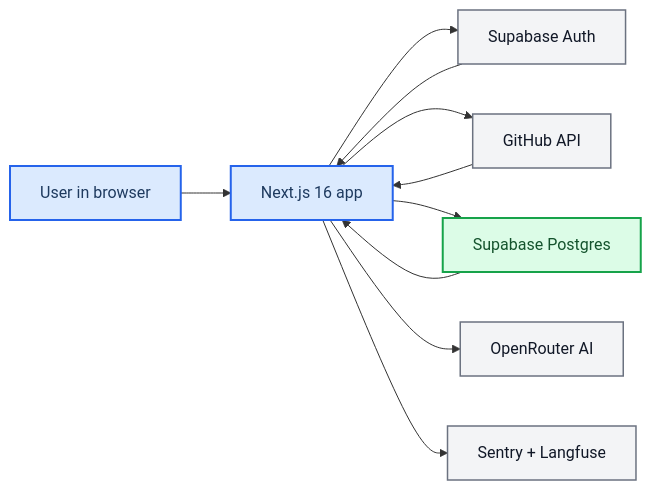
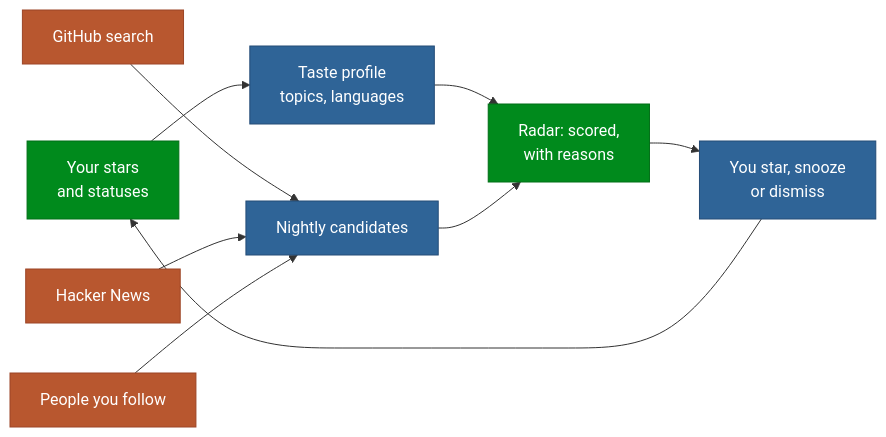
Before and after one commit to zqf20096327/ai_collect: the diagram in data/readmes/boffti__stardash.md, drawn with Mermaid. The commit also changed other lines of this file and 1840 other files, not shown here.

````diff
--- a/data/readmes/boffti__stardash.md
+++ b/data/readmes/boffti__stardash.md
@@ -155,31 +81,14 @@
 ```mermaid
 flowchart LR
-    accTitle: StarDash request and data flow
-    accDescr: Authenticated users sign in with GitHub through Supabase, then the dashboard syncs stars from GitHub, stores metadata in Supabase, and overlays database state onto the UI.
-
-    user["User in browser"]
-    app["Next.js 16 app"]
-    auth["Supabase Auth"]
-    gh["GitHub API"]
-    db["Supabase Postgres"]
-    ai["OpenRouter AI"]
-    obs["Sentry + Langfuse"]
-
-    user --> app
-    app --> auth
-    auth --> app
-    app --> gh
-    app --> db
-    app --> ai
-    app --> obs
-    gh --> app
-    db --> app
-
-    classDef ui fill:#dbeafe,stroke:#2563eb,stroke-width:2px,color:#1e3a5f
-    classDef svc fill:#f3f4f6,stroke:#6b7280,stroke-width:1.5px,color:#111827
-    classDef data fill:#dcfce7,stroke:#16a34a,stroke-width:2px,color:#14532d
-
-    class user,app ui
-    class auth,gh,ai,obs svc
-    class db data
+    S["Your stars<br/>and statuses"]:::green --> P["Taste profile<br/>topics, languages"]:::steel
+    G["GitHub search"]:::clay --> C["Nightly candidates"]:::steel
+    H["Hacker News"]:::clay --> C
+    F["People you follow"]:::clay --> C
+    P --> R["Radar: scored,<br/>with reasons"]:::green
+    C --> R
+    R --> T["You star, snooze<br/>or dismiss"]:::steel
+    T --> S
+    classDef clay fill:#b8572f,stroke:#9c4526,color:#ffffff
+    classDef steel fill:#2f6497,stroke:#244c77,color:#ffffff
+    classDef green fill:#008a1c,stroke:#006e16,color:#ffffff
 ```
````
